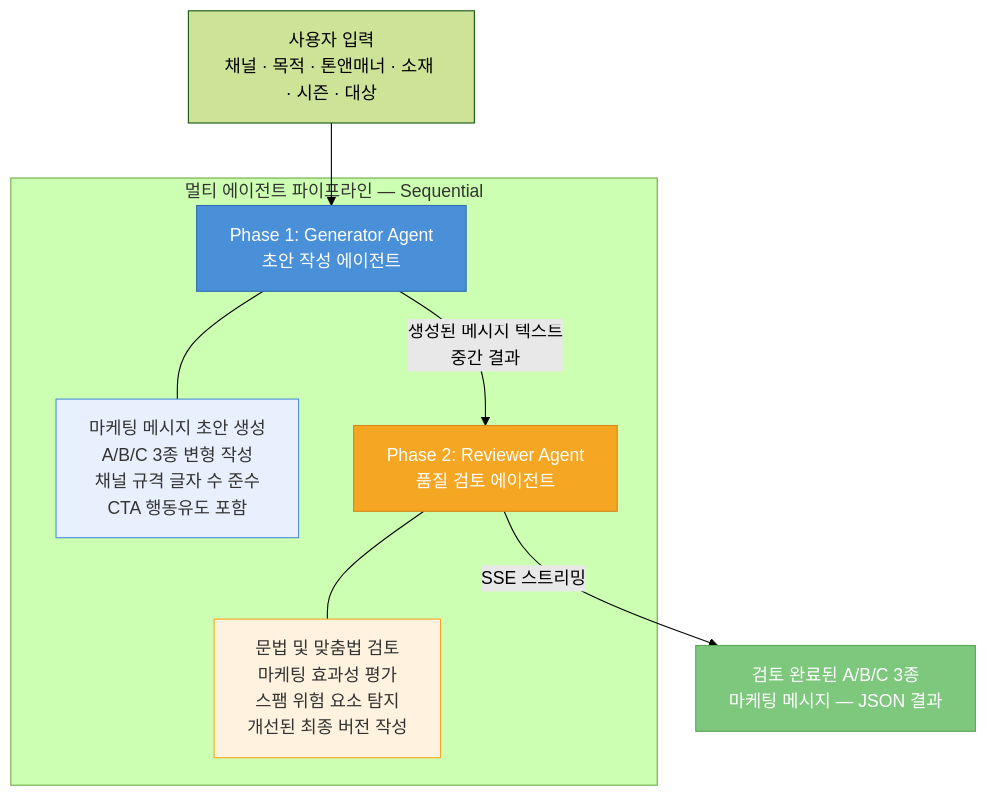
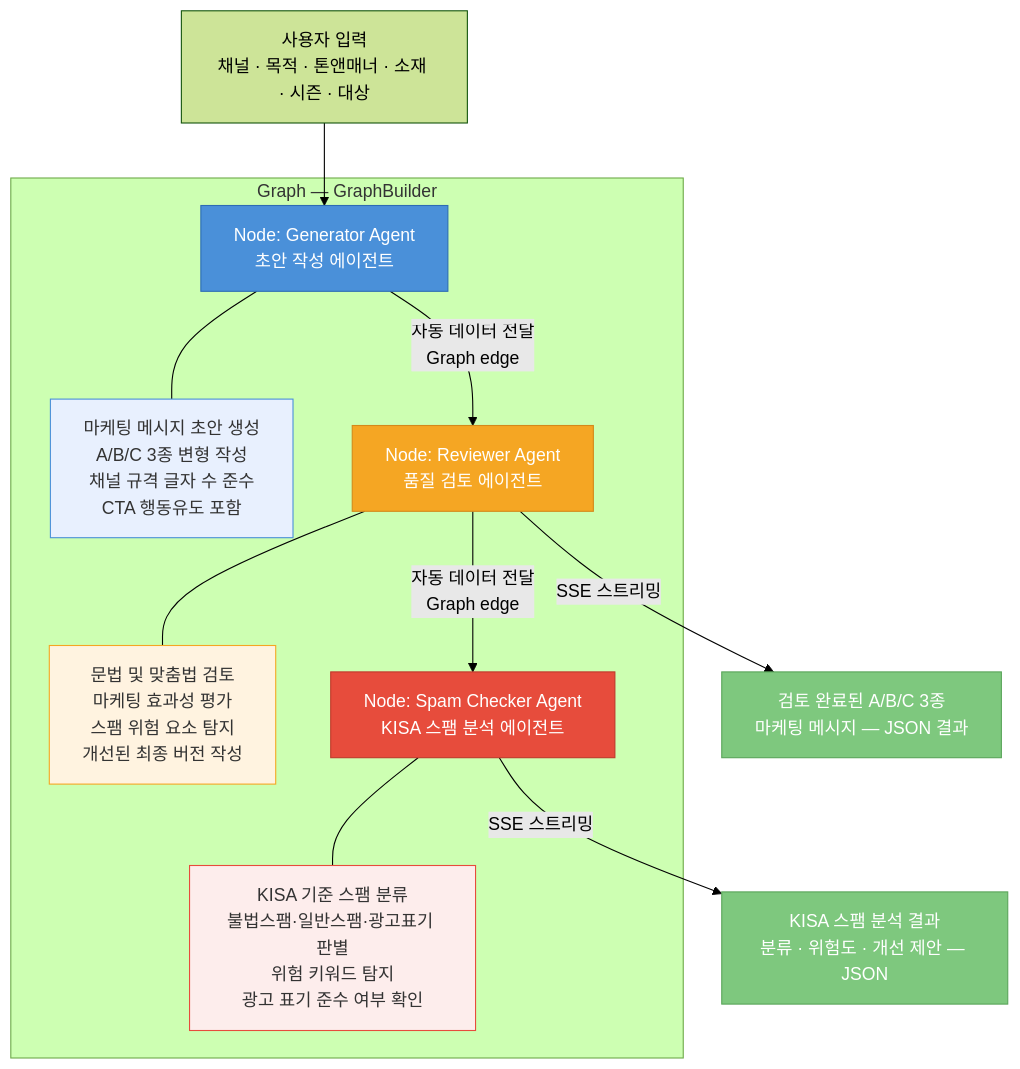
The third of 5 diagrams in README.md (alipeople/aws-ai-poc-1), drawn with Mermaid (forest theme) before and after one commit. The commit also changed other lines of this file and 10 other files, not shown here.

First line of the commit message:
feat: add Spam Checker sub-agent to multi-agent Graph pipeline

````diff
--- a/README.md
+++ b/README.md
@@ -98,26 +98,36 @@
 ```mermaid
 graph TD
     INPUT["사용자 입력<br>채널 · 목적 · 톤앤매너 · 소재 · 시즌 · 대상"]
 
     INPUT --> GEN
 
-    subgraph PIPELINE["멀티 에이전트 파이프라인 — Sequential"]
-        GEN["Phase 1: Generator Agent<br>초안 작성 에이전트"]
+    subgraph GRAPH["Graph — GraphBuilder"]
+        GEN["Node: Generator Agent<br>초안 작성 에이전트"]
         GEN_DETAIL["마케팅 메시지 초안 생성<br>A/B/C 3종 변형 작성<br>채널 규격 글자 수 준수<br>CTA 행동유도 포함"]
         GEN --- GEN_DETAIL
 
-        GEN -->|생성된 메시지 텍스트<br>중간 결과| REV
+        GEN -->|자동 데이터 전달<br>Graph edge| REV
 
-        REV["Phase 2: Reviewer Agent<br>품질 검토 에이전트"]
+        REV["Node: Reviewer Agent<br>품질 검토 에이전트"]
         REV_DETAIL["문법 및 맞춤법 검토<br>마케팅 효과성 평가<br>스팸 위험 요소 탐지<br>개선된 최종 버전 작성"]
         REV --- REV_DETAIL
+
+        REV -->|자동 데이터 전달<br>Graph edge| SPAM
+
+        SPAM["Node: Spam Checker Agent<br>KISA 스팸 분석 에이전트"]
+        SPAM_DETAIL["KISA 기준 스팸 분류<br>불법스팸·일반스팸·광고표기 판별<br>위험 키워드 탐지<br>광고 표기 준수 여부 확인"]
+        SPAM --- SPAM_DETAIL
     end
 
     REV -->|SSE 스트리밍| OUTPUT["검토 완료된 A/B/C 3종<br>마케팅 메시지 — JSON 결과"]
+    SPAM -->|SSE 스트리밍| OUTPUT2["KISA 스팸 분석 결과<br>분류 · 위험도 · 개선 제안 — JSON"]
 
     style GEN fill:#4A90D9,stroke:#2D6CB4,color:#fff
     style REV fill:#F5A623,stroke:#D4891A,color:#fff
+    style SPAM fill:#E74C3C,stroke:#C0392B,color:#fff
     style OUTPUT fill:#7EC87E,stroke:#5AA55A,color:#fff
+    style OUTPUT2 fill:#7EC87E,stroke:#5AA55A,color:#fff
     style GEN_DETAIL fill:#E8F0FE,stroke:#4A90D9,color:#333
     style REV_DETAIL fill:#FFF3E0,stroke:#F5A623,color:#333
+    style SPAM_DETAIL fill:#FDEDEC,stroke:#E74C3C,color:#333
 ```
````
